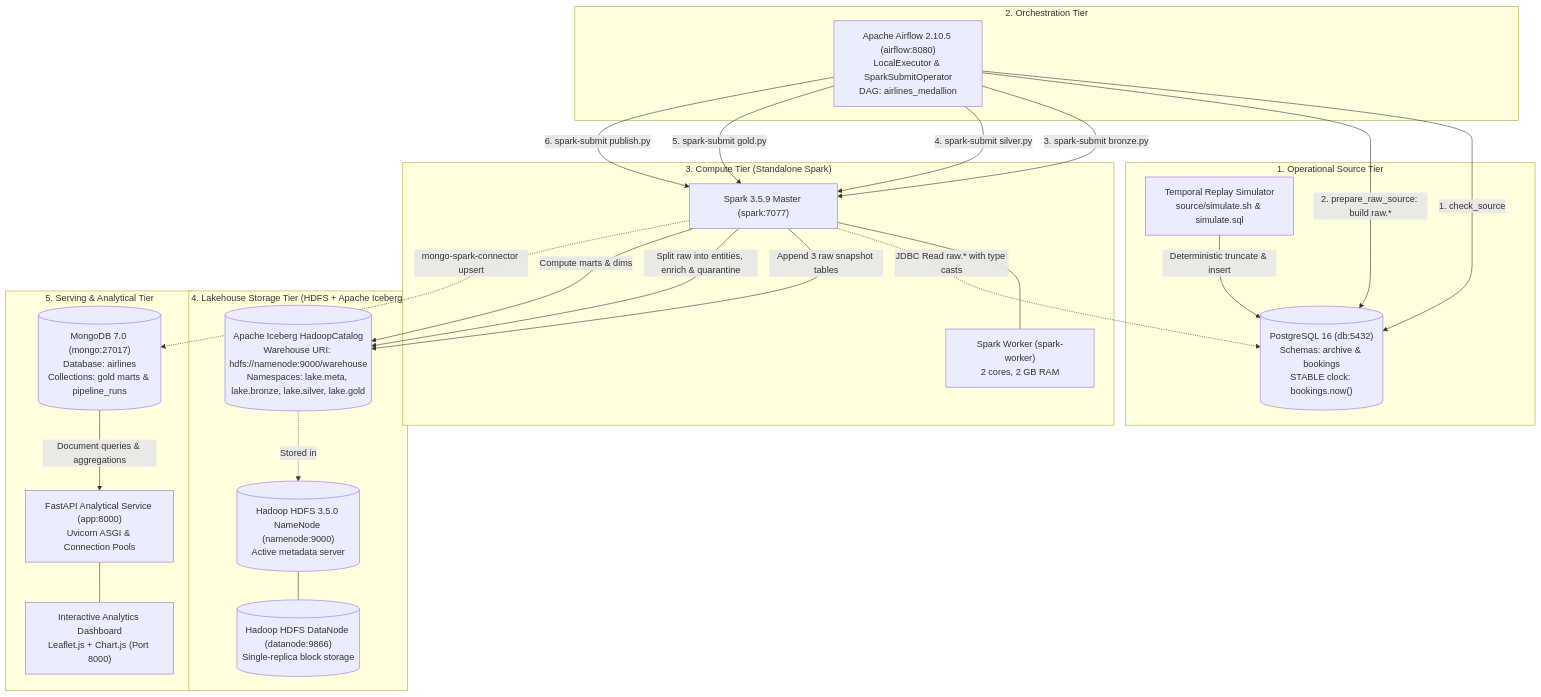
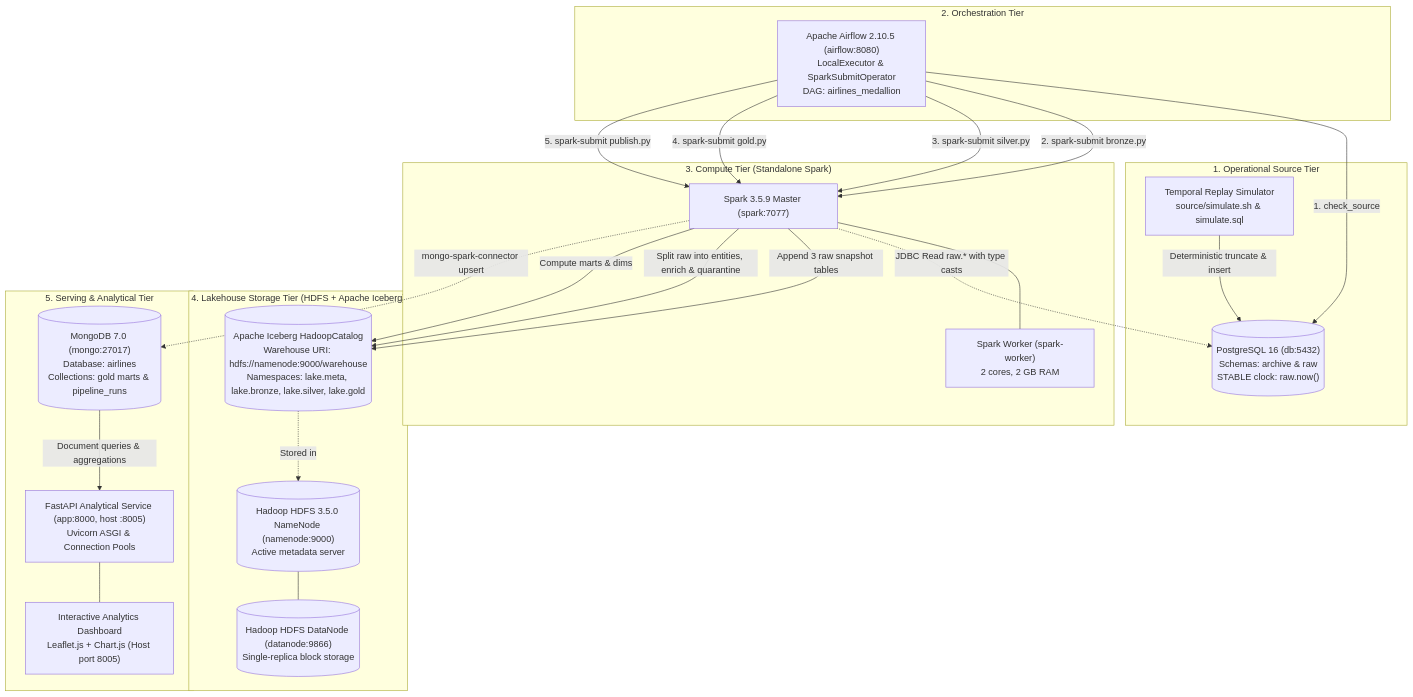
Before and after one commit to datvunm/KTDL-Group20: the diagram in docs/SYSTEM_DESIGN_AND_DASHBOARD.md, drawn with Mermaid. The commit also changed other lines of this file and 14 other files, not shown here.

Commit message:
refactor: simulate on raw tables and drop prepare_raw_source

````diff
--- a/docs/SYSTEM_DESIGN_AND_DASHBOARD.md
+++ b/docs/SYSTEM_DESIGN_AND_DASHBOARD.md
@@ -40,47 +40,46 @@
 ```mermaid
 flowchart TD
     subgraph Operational["1. Operational Source Tier"]
-        PG[("PostgreSQL 16 (db:5432)<br/>Schemas: archive & bookings<br/>STABLE clock: bookings.now()")]
+        PG[("PostgreSQL 16 (db:5432)<br/>Schemas: archive & raw<br/>STABLE clock: raw.now()")]
         SIM["Temporal Replay Simulator<br/>source/simulate.sh & simulate.sql"]
         SIM -->|Deterministic truncate & insert| PG
     end
 
     subgraph Orchestration["2. Orchestration Tier"]
         AF["Apache Airflow 2.10.5 (airflow:8080)<br/>LocalExecutor & SparkSubmitOperator<br/>DAG: airlines_medallion"]
     end
 
     subgraph Compute["3. Compute Tier (Standalone Spark)"]
         SM["Spark 3.5.9 Master (spark:7077)"]
         SW["Spark Worker (spark-worker)<br/>2 cores, 2 GB RAM"]
         SM --- SW
     end
 
     subgraph Storage["4. Lakehouse Storage Tier (HDFS + Apache Iceberg)"]
         NN[("Hadoop HDFS 3.5.0 NameNode (namenode:9000)<br/>Active metadata server")]
         DN[("Hadoop HDFS DataNode (datanode:9866)<br/>Single-replica block storage")]
         NN --- DN
         ICE[("Apache Iceberg HadoopCatalog<br/>Warehouse URI: hdfs://namenode:9000/warehouse<br/>Namespaces: lake.meta, lake.bronze, lake.silver, lake.gold")]
         ICE -.->|Stored in| NN
     end
 
     subgraph Serving["5. Serving & Analytical Tier"]
         MG[("MongoDB 7.0 (mongo:27017)<br/>Database: airlines<br/>Collections: gold marts & pipeline_runs")]
-        API["FastAPI Analytical Service (app:8000)<br/>Uvicorn ASGI & Connection Pools"]
-        UI["Interactive Analytics Dashboard<br/>Leaflet.js + Chart.js (Port 8000)"]
+        API["FastAPI Analytical Service (app:8000, host :8005)<br/>Uvicorn ASGI & Connection Pools"]
+        UI["Interactive Analytics Dashboard<br/>Leaflet.js + Chart.js (Host port 8005)"]
         API --- UI
     end
 
     AF -->|1. check_source| PG
-    AF -->|2. prepare_raw_source: build raw.*| PG
-    AF -->|3. spark-submit bronze.py| SM
-    AF -->|4. spark-submit silver.py| SM
-    AF -->|5. spark-submit gold.py| SM
-    AF -->|6. spark-submit publish.py| SM
+    AF -->|2. spark-submit bronze.py| SM
+    AF -->|3. spark-submit silver.py| SM
+    AF -->|4. spark-submit gold.py| SM
+    AF -->|5. spark-submit publish.py| SM
 
     SM -.->|JDBC Read raw.* with type casts| PG
     SM -->|Append 3 raw snapshot tables| ICE
     SM -->|Split raw into entities, enrich & quarantine| ICE
     SM -->|Compute marts & dims| ICE
     SM -.->|mongo-spark-connector upsert| MG
     MG -->|Document queries & aggregations| API
 ```
````
